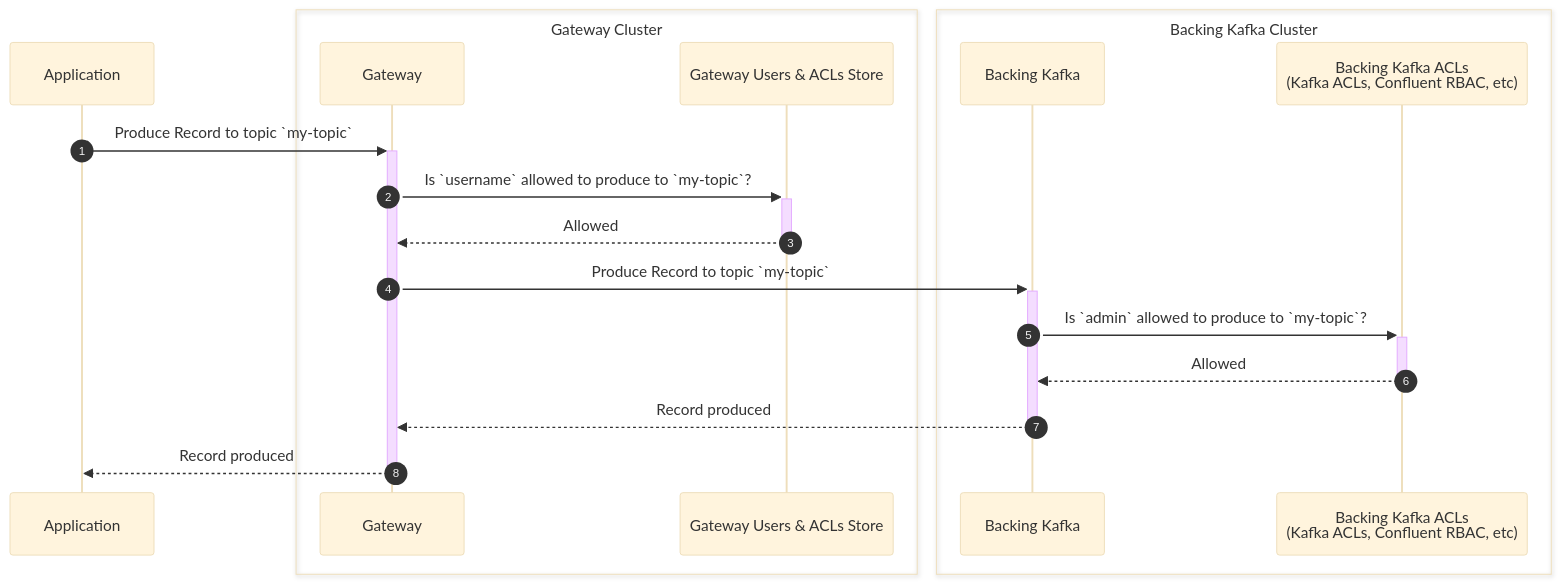
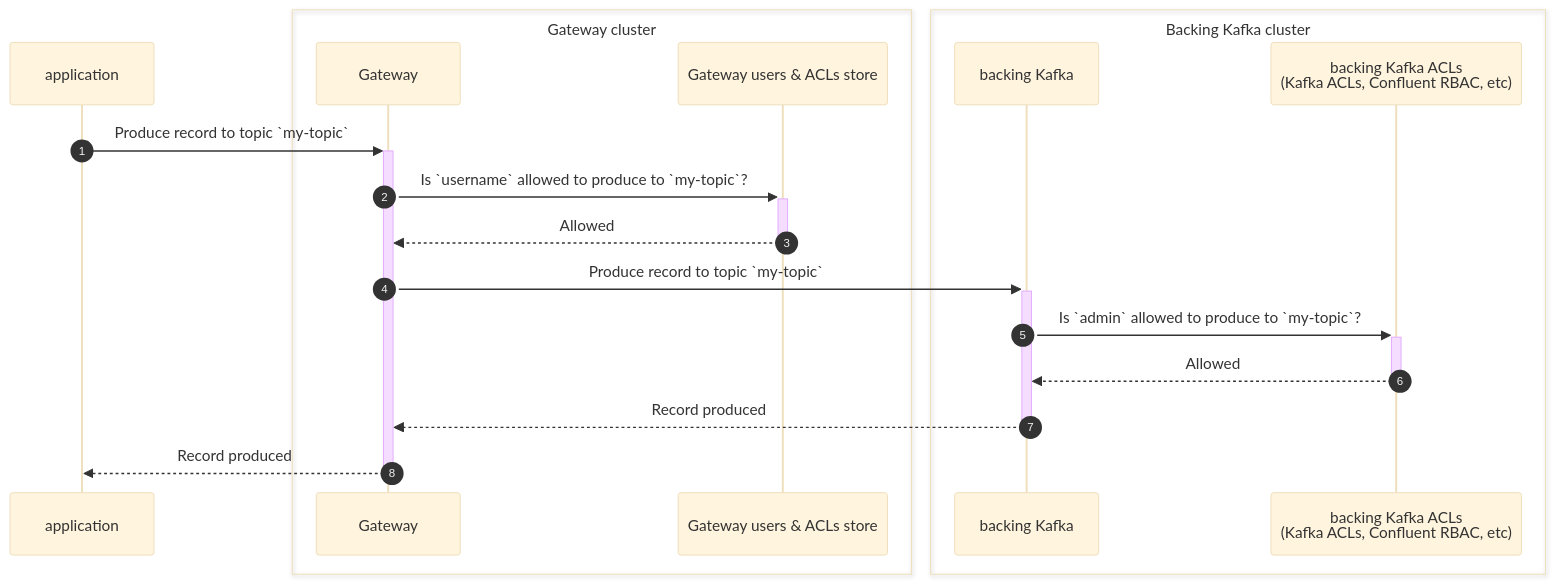
Before and after one commit to conduktor/conduktor-docs: the second of 8 diagrams in docs/gateway/configuration/index.md, drawn with Mermaid (base theme). The commit also changed other lines of this file, not shown here.

````diff
--- a/docs/gateway/configuration/index.md
+++ b/docs/gateway/configuration/index.md
@@ -47,21 +49,21 @@
 ```mermaid
 sequenceDiagram
 	autonumber
-	participant A as Application 
-	box Gateway Cluster
+	participant A as application 
+	box Gateway cluster
     participant GW as Gateway
-    participant GW2 as Gateway Users & ACLs Store
+    participant GW2 as Gateway users & ACLs store
     end
-    box Backing Kafka Cluster
-    participant K as Backing Kafka 
-    participant K2 as Backing Kafka ACLs<br/>(Kafka ACLs, Confluent RBAC, etc)
+    box Backing Kafka cluster
+    participant K as backing Kafka 
+    participant K2 as backing Kafka ACLs<br/>(Kafka ACLs, Confluent RBAC, etc)
     end
-    A->>+GW: Produce Record to topic `my-topic`
+    A->>+GW: Produce record to topic `my-topic`
     GW->>+GW2: Is `username` allowed to produce to `my-topic`?
     GW2-->>-GW: Allowed
-    GW->>+K: Produce Record to topic `my-topic`
+    GW->>+K: Produce record to topic `my-topic`
     K->>+K2: Is `admin` allowed to produce to `my-topic`?
     K2-->>-K: Allowed
     K-->>-GW: Record produced
     GW-->>-A: Record produced
 ```
````
